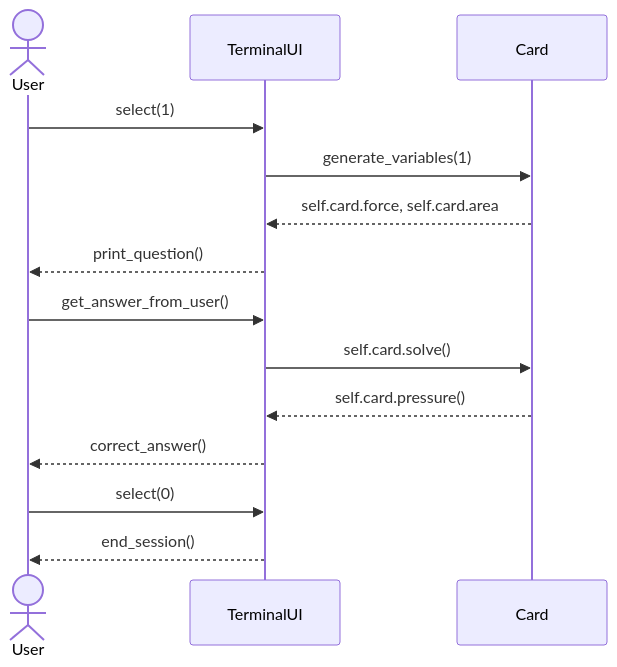
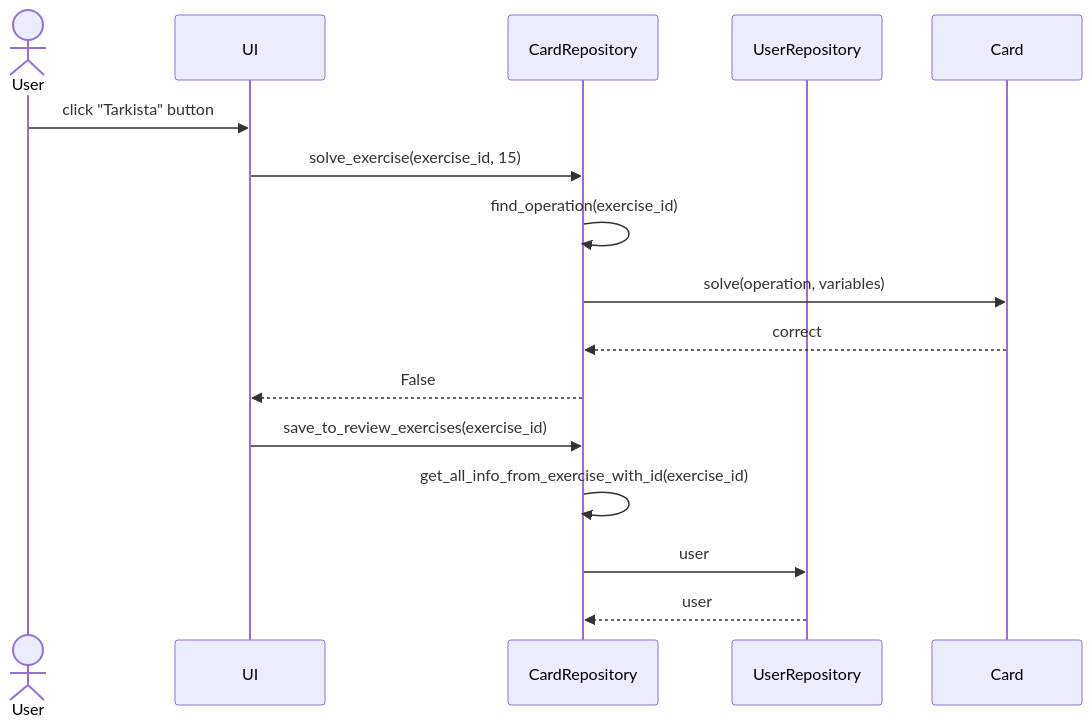
One commit to kirsikkahiltunen/ot-harjoitustyo changed the seventh of 7 diagrams in dokumentaatio/arkkitehtuuri.md. Above: the diagram before and after it, drawn with Mermaid. The commit also changed other lines of this file and 4 other files, not shown here.

````diff
--- a/dokumentaatio/arkkitehtuuri.md
+++ b/dokumentaatio/arkkitehtuuri.md
@@ -56,16 +118,18 @@
 ```mermaid
 sequenceDiagram
   actor User
-  participant TerminalUI
+  participant UI
+  participant CardRepository
+  participant UserRepository
   participant Card
-  User->>TerminalUI: select(1)
-  TerminalUI->>Card: generate_variables(1)
-  Card-->>TerminalUI: self.card.force, self.card.area
-  TerminalUI-->>User: print_question()
-  User->>TerminalUI: get_answer_from_user()
-  TerminalUI->>Card: self.card.solve()
-  Card -->> TerminalUI: self.card.pressure()
-  TerminalUI -->> User: correct_answer()
-  User ->> TerminalUI: select(0)
-  TerminalUI -->> User: end_session()
-```
+  User->>UI: click "Tarkista" button
+  UI->>CardRepository : solve_exercise(exercise_id, 15)
+  CardRepository->>CardRepository: find_operation(exercise_id)
+  CardRepository->>Card: solve(operation, variables)
+  Card-->>CardRepository: correct
+  CardRepository-->>UI: False
+  UI->>CardRepository: save_to_review_exercises(exercise_id)
+  CardRepository->>CardRepository: get_all_info_from_exercise_with_id(exercise_id)
+  CardRepository->>UserRepository: user
+  UserRepository-->>CardRepository: user
+``` 
````
